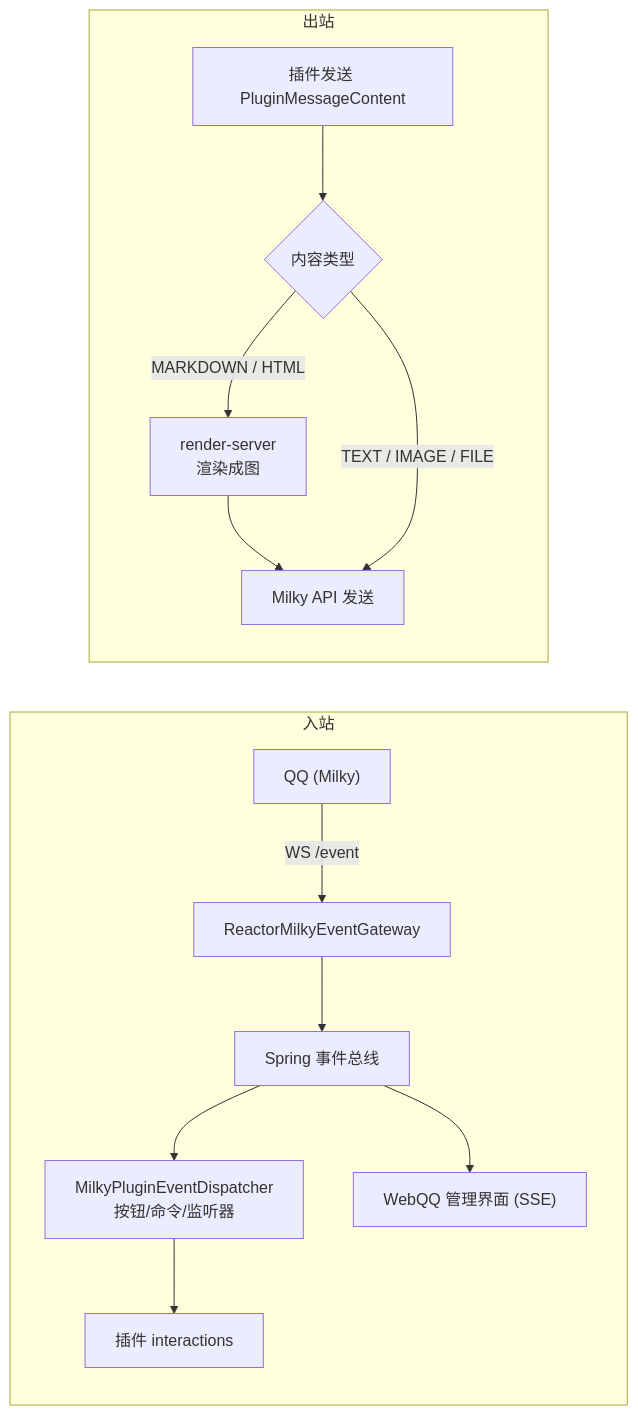
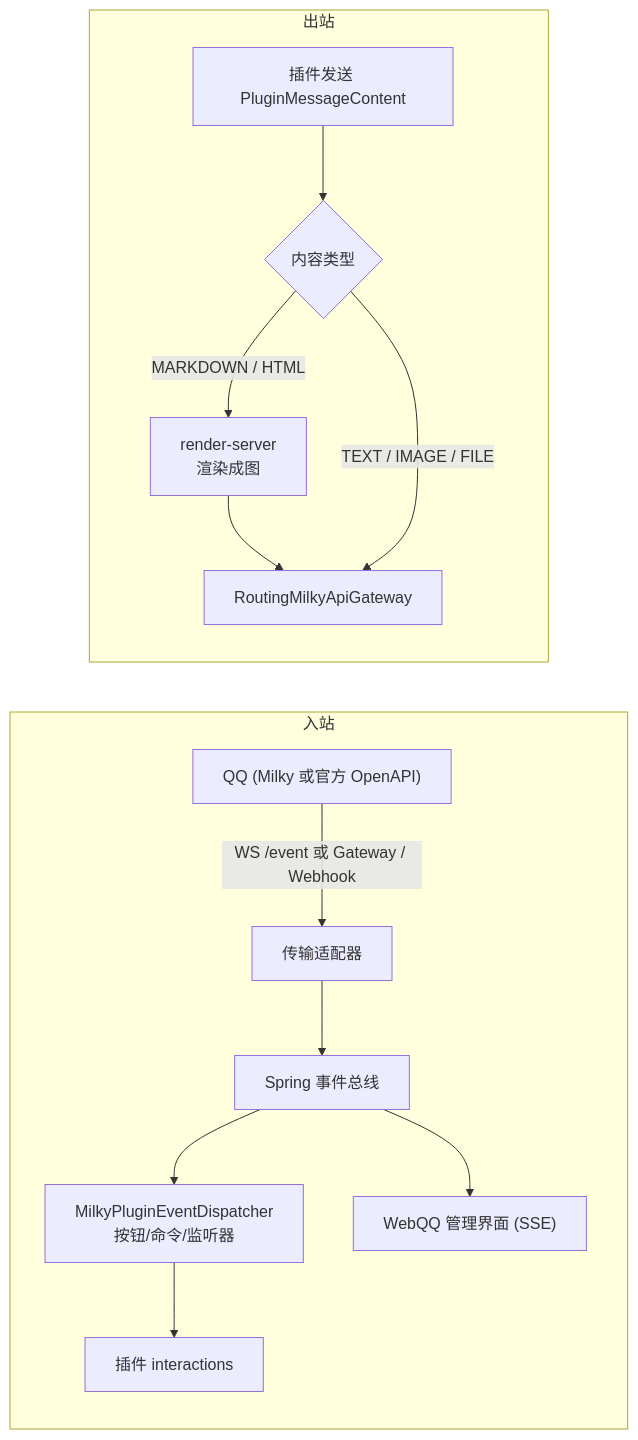
Before and after one commit to mcyudream/YuDream-Admin: the diagram in yd-docs/docs/features/milky.md, drawn with Mermaid. The commit also changed other lines of this file and 46 other files, not shown here.

````diff
--- a/yd-docs/docs/features/milky.md
+++ b/yd-docs/docs/features/milky.md
@@ -41,12 +42,12 @@
 ```mermaid
 flowchart LR
     subgraph Inbound["入站"]
-        QQ["QQ (Milky)"] -->|"WS /event"| EG["ReactorMilkyEventGateway"] --> Bus["Spring 事件总线"] --> D["MilkyPluginEventDispatcher<br/>按钮/命令/监听器"] --> P["插件 interactions"]
+        QQ["QQ (Milky 或官方 OpenAPI)"] -->|"WS /event 或 Gateway / Webhook"| EG["传输适配器"] --> Bus["Spring 事件总线"] --> D["MilkyPluginEventDispatcher<br/>按钮/命令/监听器"] --> P["插件 interactions"]
         Bus --> W["WebQQ 管理界面 (SSE)"]
     end
     subgraph Outbound["出站"]
         P2["插件发送 PluginMessageContent"] --> R{"内容类型"}
         R -->|"MARKDOWN / HTML"| RS["render-server<br/>渲染成图"] --> Send["Milky API 发送"]
-        R -->|"TEXT / IMAGE / FILE"| Send
+        R -->|"TEXT / IMAGE / FILE"| Send["RoutingMilkyApiGateway"]
     end
 ```
````
